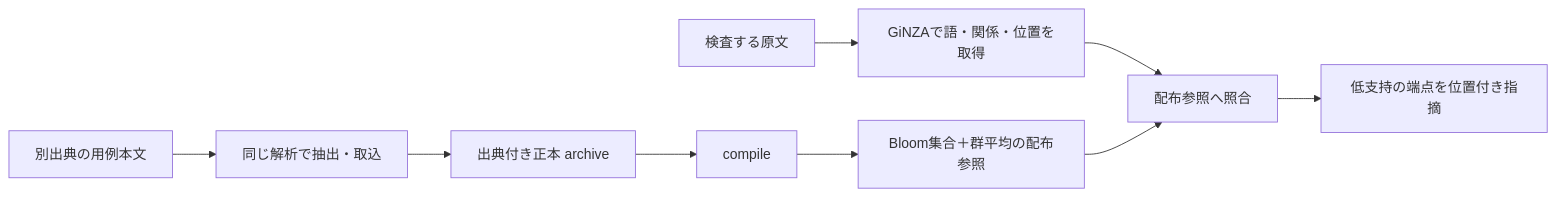
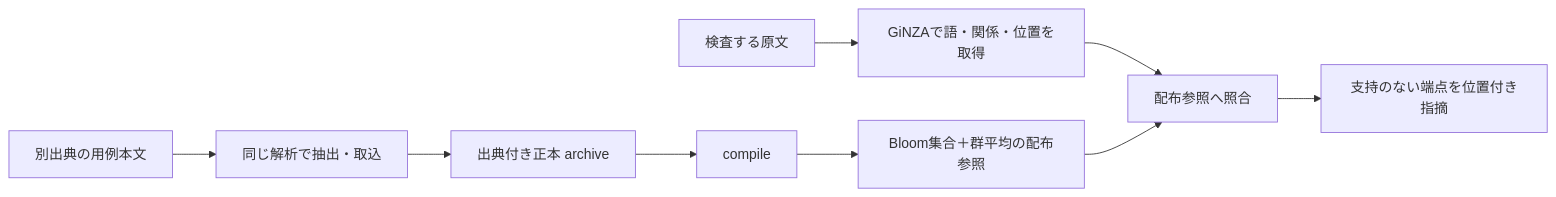
The diagram in docs/development.md (karin0624/use-native-japanese), drawn with Mermaid before and after one commit. The commit also changed other lines of this file and 8 other files, not shown here.

````diff
--- a/docs/development.md
+++ b/docs/development.md
@@ -66,11 +70,11 @@
 ```mermaid
 flowchart LR
   A[検査する原文] --> B[GiNZAで語・関係・位置を取得]
   B --> C[配布参照へ照合]
-  C --> D[低支持の端点を位置付き指摘]
+  C --> D[支持のない端点を位置付き指摘]
   E[別出典の用例本文] --> F[同じ解析で抽出・取込]
   F --> G[出典付き正本 archive]
   G --> H[compile]
   H --> I[Bloom集合＋群平均の配布参照]
   I --> C
 ```
````
